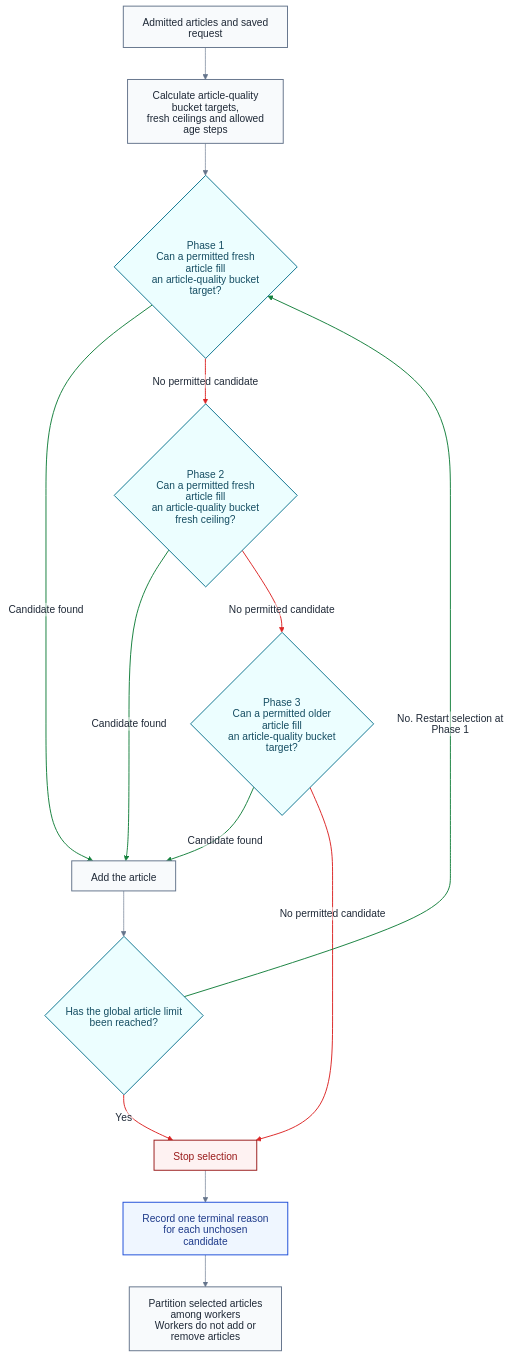
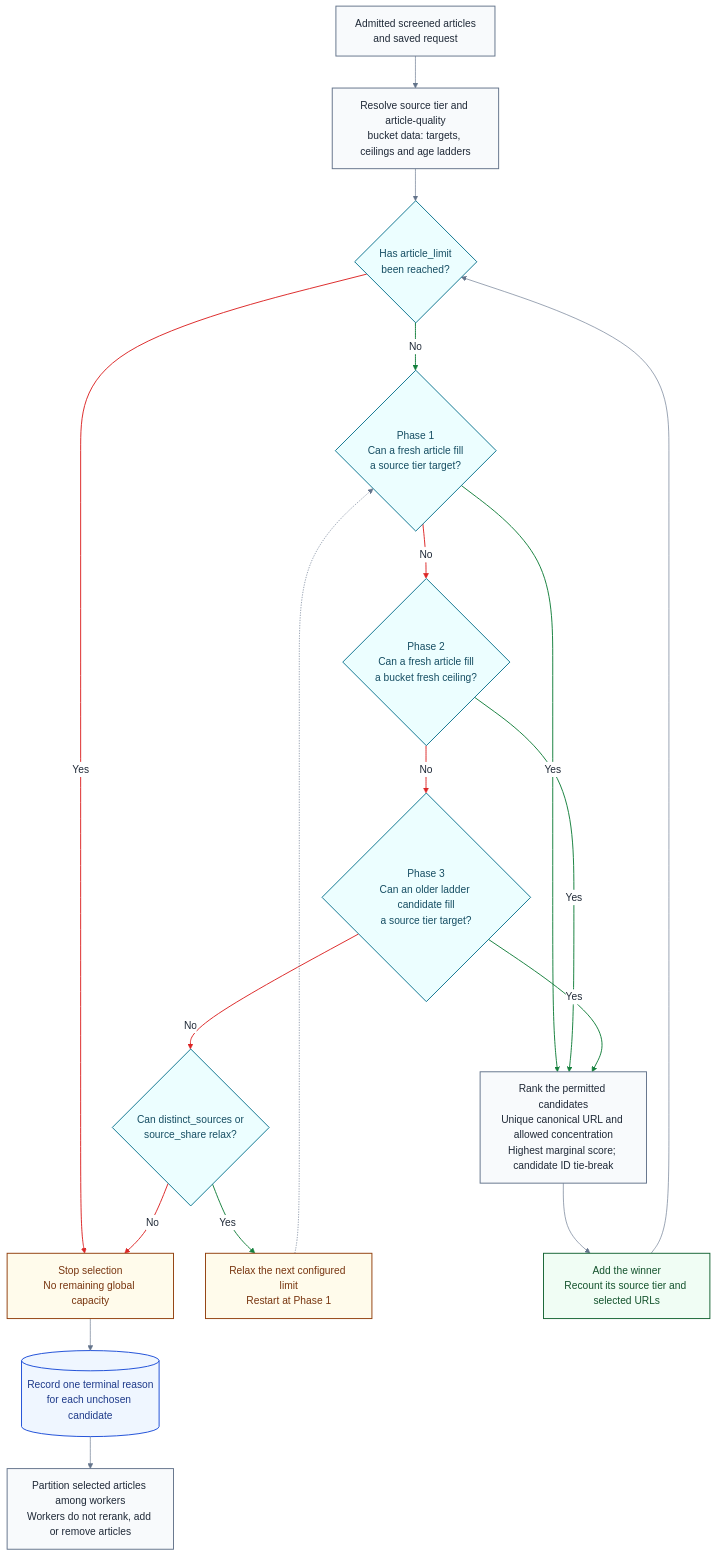
Before and after one commit to miztiik/yen-idhazh: the diagram in docs/architecture/sources/feed-curation.md, drawn with Mermaid. The commit also changed other lines of this file, not shown here.

Commit message:
docs: improve feed curation selection flow

````diff
--- a/docs/architecture/sources/feed-curation.md
+++ b/docs/architecture/sources/feed-curation.md
@@ -268,30 +274,36 @@
 ```mermaid
-%%{init: {"theme": "base", "htmlLabels": false, "themeVariables": {"background": "#ffffff", "primaryColor": "#f8fafc", "primaryTextColor": "#1f2937", "primaryBorderColor": "#64748b", "lineColor": "#64748b", "textColor": "#1f2937", "clusterBkg": "#f1f5f9", "clusterBorder": "#64748b", "titleColor": "#1f2937", "edgeLabelBackground": "#ffffff"}}}%%
+%%{init: {"theme": "base", "themeVariables": {"fontFamily": "sans-serif", "background": "#ffffff", "primaryColor": "#f8fafc", "primaryTextColor": "#1f2937", "primaryBorderColor": "#64748b", "lineColor": "#64748b", "textColor": "#1f2937", "clusterBkg": "#f8fafc", "clusterBorder": "#94a3b8", "edgeLabelBackground": "#ffffff"}}}%%
 flowchart TD
-  START["Admitted articles and saved request"] --> CALC["Calculate article-quality bucket targets,<br/>fresh ceilings and allowed age steps"]
-  CALC --> TARGET{"Phase 1<br/>Can a permitted fresh article fill<br/>an article-quality bucket target?"}
-  TARGET -->|"Candidate found"| ADD["Add the article"]
-  TARGET -->|"No permitted candidate"| BUFFER{"Phase 2<br/>Can a permitted fresh article fill<br/>an article-quality bucket fresh ceiling?"}
-  BUFFER -->|"Candidate found"| ADD
-  BUFFER -->|"No permitted candidate"| OLDER{"Phase 3<br/>Can a permitted older article fill<br/>an article-quality bucket target?"}
-  OLDER -->|"Candidate found"| ADD
-  OLDER -->|"No permitted candidate"| STOP["Stop selection"]
-  ADD --> ROOM{"Has the global article limit been reached?"}
-  ROOM -->|"No. Restart selection at Phase 1"| TARGET
-  ROOM -->|"Yes"| STOP
-  STOP --> RECORD["Record one terminal reason for each unchosen candidate"]
-  RECORD --> PARTITION["Partition selected articles among workers<br/>Workers do not add or remove articles"]
+  START["Admitted screened articles<br/>and saved request"] --> CALC["Resolve source tier and article-quality<br/>bucket data: targets, ceilings and age ladders"]
+  CALC --> ROOM{"Has article_limit<br/>been reached?"}
+  ROOM -->|"Yes"| STOP["Stop selection<br/>No remaining global capacity"]
+  ROOM -->|"No"| PHASE1{"Phase 1<br/>Can a fresh article fill<br/>a source tier target?"}
+  PHASE1 -->|"Yes"| RANK["Rank the permitted candidates<br/>Unique canonical URL and allowed concentration<br/>Highest marginal score; candidate ID tie-break"]
+  PHASE1 -->|"No"| PHASE2{"Phase 2<br/>Can a fresh article fill<br/>a bucket fresh ceiling?"}
+  PHASE2 -->|"Yes"| RANK
+  PHASE2 -->|"No"| PHASE3{"Phase 3<br/>Can an older ladder candidate fill<br/>a source tier target?"}
+  PHASE3 -->|"Yes"| RANK
+  PHASE3 -->|"No"| RELAX{"Can distinct_sources or<br/>source_share relax?"}
+  RELAX -->|"Yes"| RELAXED["Relax the next configured limit<br/>Restart at Phase 1"]
+  RELAXED -.-> PHASE1
+  RELAX -->|"No"| STOP
+  RANK --> ADD["Add the winner<br/>Recount its source tier and selected URLs"]
+  ADD --> ROOM
+  STOP --> RECORD[("Record one terminal reason<br/>for each unchosen candidate")]
+  RECORD --> PARTITION["Partition selected articles among workers<br/>Workers do not rerank, add or remove articles"]
 
   classDef stage fill:#f8fafc,stroke:#64748b,stroke-width:1.5px,color:#1f2937;
   classDef decision fill:#ecfeff,stroke:#0e7490,stroke-width:1.5px,color:#164e63;
-  classDef no fill:#fef2f2,stroke:#991b1b,stroke-width:1.5px,color:#991b1b;
+  classDef yes fill:#f0fdf4,stroke:#166534,stroke-width:1.5px,color:#14532d;
+  classDef warn fill:#fffbeb,stroke:#92400e,stroke-width:1.5px,color:#78350f;
   classDef ledger fill:#eff6ff,stroke:#1d4ed8,stroke-width:1.5px,color:#1e3a8a;
 
-  class START,CALC,ADD,PARTITION stage;
-  class TARGET,BUFFER,OLDER,ROOM decision;
-  class STOP no;
+  class START,CALC,RANK,PARTITION stage;
+  class ROOM,PHASE1,PHASE2,PHASE3,RELAX decision;
+  class ADD yes;
+  class STOP,RELAXED warn;
   class RECORD ledger;
 
-  linkStyle 2,4,6,9 stroke:#15803d,stroke-width:1.5px;
-  linkStyle 3,5,7,10 stroke:#dc2626,stroke-width:1.5px;
+  linkStyle 3,4,6,8,10 stroke:#15803d,stroke-width:1.5px;
+  linkStyle 2,5,7,9,12 stroke:#dc2626,stroke-width:1.5px;
 ```
````
